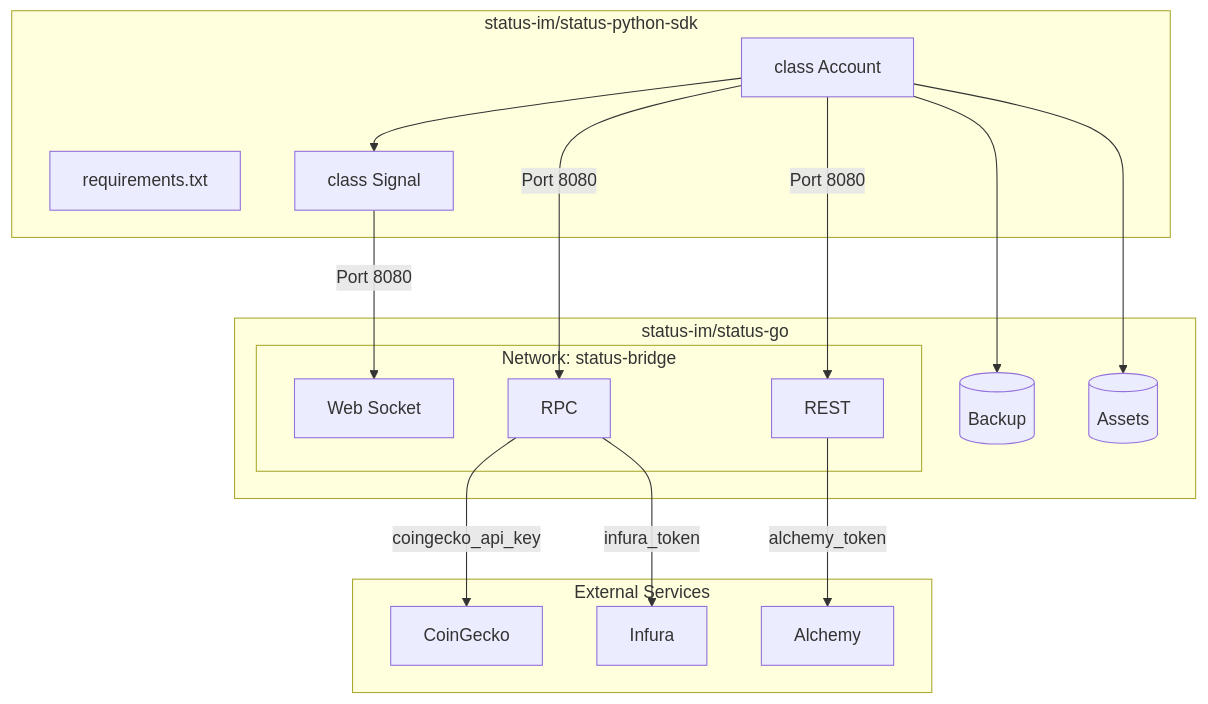
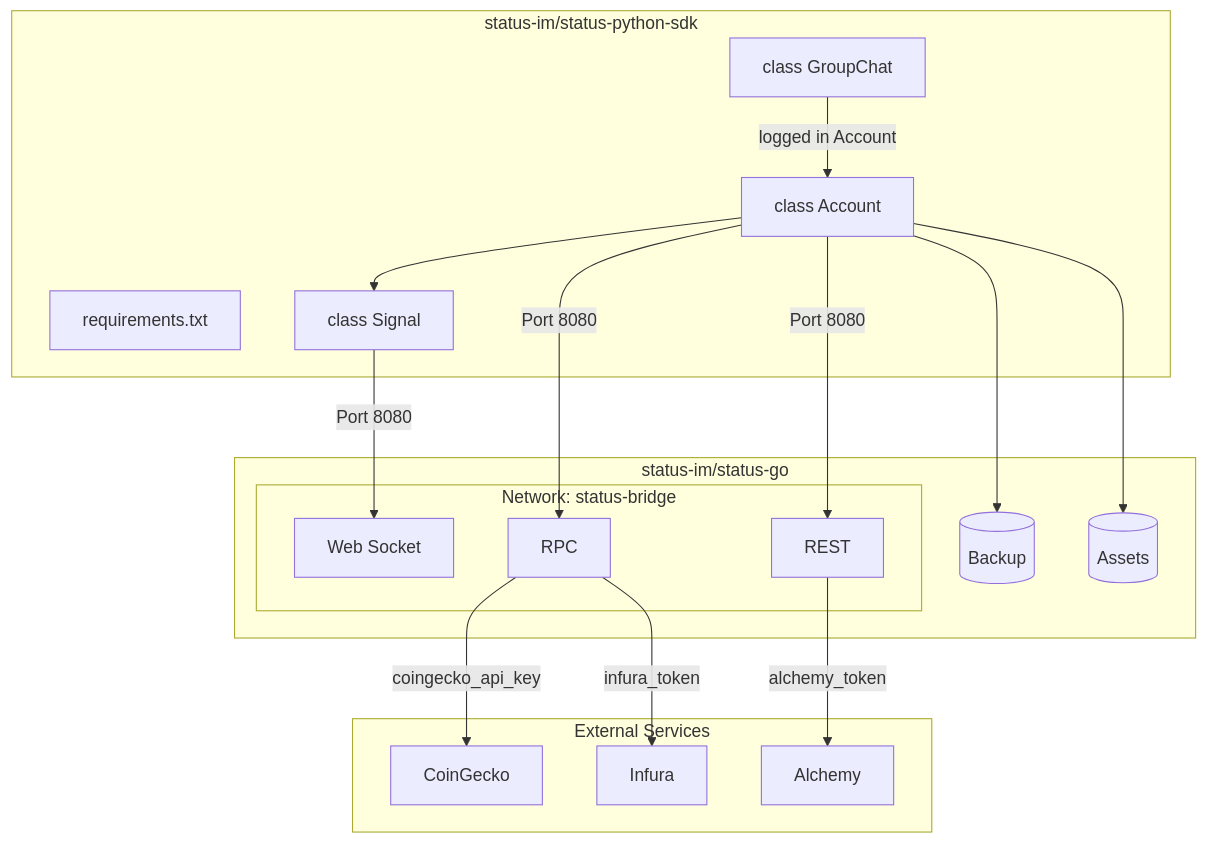
The first of 2 diagrams in README.md (status-im/status-python-sdk), drawn with Mermaid before and after one commit. The commit also changed other lines of this file and 40 other files, not shown here.

First line of the commit message:
bot: Group Chat Manager

````diff
--- a/README.md
+++ b/README.md
@@ -15,35 +15,37 @@
 ```mermaid
 graph TB
     subgraph backend[status-im/status-go]
         subgraph Endpoints[Network: status-bridge]
            RPC[RPC]
            HTTP[REST]
            SOCKET[Web Socket]
        end
        Vol1[(Backup)]
        Vol2[(Assets)]
    end
 
 
    subgraph bot[status-im/status-python-sdk]
         REQUIREMENTS[requirements.txt]
+        GROUP_CHAT[class GroupChat]
         SDK[class Account]
         SIGNAL[class Signal]
     end
 
     subgraph external[External Services]
         COINGECKO[CoinGecko]
         ALCHEMY[Alchemy]
         INFURA[Infura]
     end
 
+    GROUP_CHAT --> |logged in Account| SDK
     SDK --> SIGNAL
     SDK --> |Port 8080| RPC
     SDK --> |Port 8080| HTTP
     SIGNAL --> |Port 8080| SOCKET
     SDK --> Vol1
     SDK --> Vol2
     RPC --> |coingecko_api_key| COINGECKO
     RPC --> |infura_token| INFURA
     HTTP --> |alchemy_token| ALCHEMY
 ```
````
